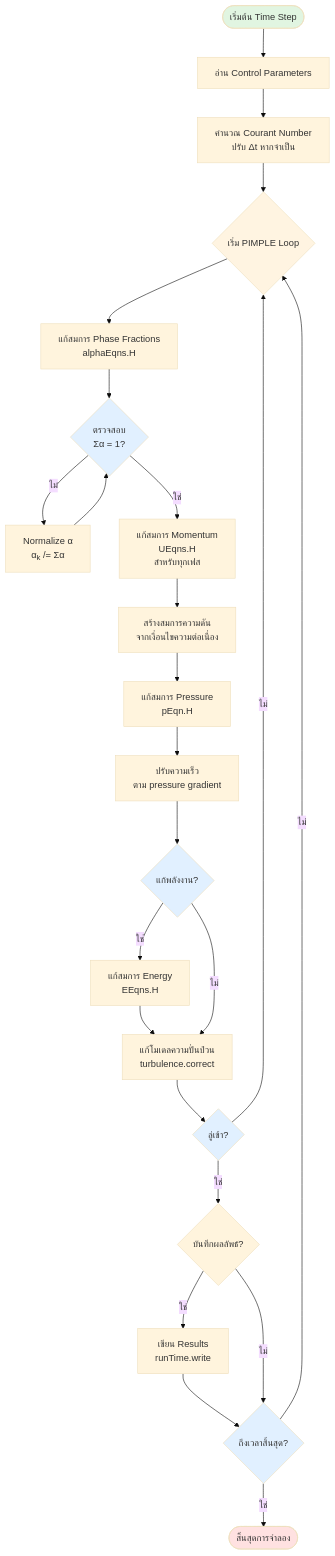
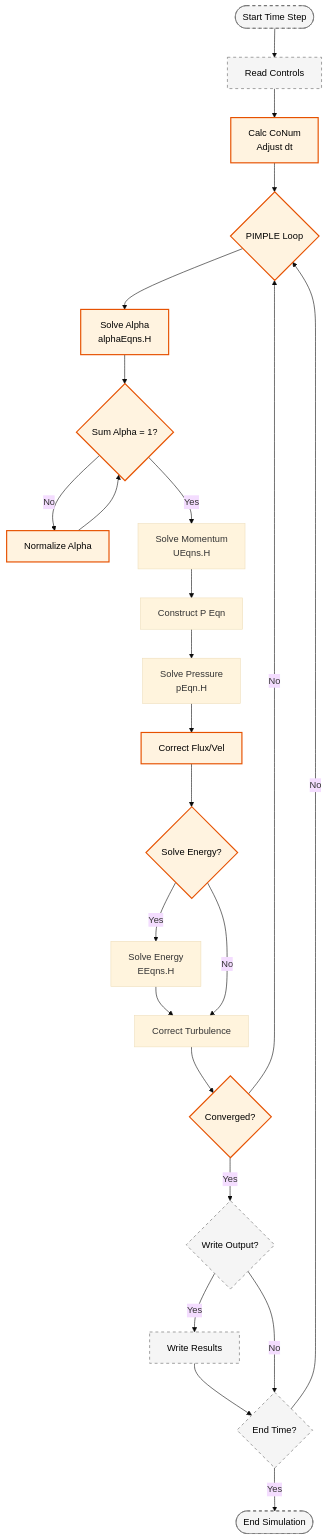
The diagram in MODULE_04_MULTIPHASE_FUNDAMENTALS/CONTENT/09_IMPLEMENTATION_ARCHITECTURE/04_Algorithm_Flow.md (wramet/build-my-cfd), drawn with Mermaid (base theme) before and after one commit. The commit also changed 313 other files, not shown here.

Commit message:
Revise all diagram

````diff
--- a/MODULE_04_MULTIPHASE_FUNDAMENTALS/CONTENT/09_IMPLEMENTATION_ARCHITECTURE/04_Algorithm_Flow.md
+++ b/MODULE_04_MULTIPHASE_FUNDAMENTALS/CONTENT/09_IMPLEMENTATION_ARCHITECTURE/04_Algorithm_Flow.md
@@ -673,41 +673,29 @@
 ```mermaid
 flowchart TD
-    Start([เริ่มต้น Time Step]) --> Init[อ่าน Control Parameters]
-    Init --> Courant[คำนวณ Courant Number<br/>ปรับ Δt หากจำเป็น]
-
-    Courant --> PIMPLE_Start{เริ่ม PIMPLE Loop}
-
-    PIMPLE_Start --> Alpha[แก้สมการ Phase Fractions<br/>alphaEqns.H]
-    Alpha --> Alpha_Check{ตรวจสอบ<br/>Σα = 1?}
-    Alpha_Check -->|ไม่| Alpha_Normalize[Normalize α<br/>α<sub>k</sub> /= Σα]
-    Alpha_Normalize --> Alpha_Check
-    Alpha_Check -->|ใช่| Momentum[แก้สมการ Momentum<br/>UEqns.H<br/>สำหรับทุกเฟส]
-
-    Momentum --> Pressure_Construct[สร้างสมการความดัน<br/>จากเงื่อนไขความต่อเนื่อง]
-    Pressure_Construct --> Pressure_Solve[แก้สมการ Pressure<br/>pEqn.H]
-    Pressure_Solve --> Velocity_Correct[ปรับความเร็ว<br/>ตาม pressure gradient]
-
-    Velocity_Correct --> Energy_Check{แก้พลังงาน?}
-    Energy_Check -->|ใช่| Energy[แก้สมการ Energy<br/>EEqns.H]
-    Energy --> Turbulence
-    Energy_Check -->|ไม่| Turbulence[แก้โมเดลความปั่นป่วน<br/>turbulence.correct]
-
-    Turbulence --> Converged{ลู่เข้า?}
-    Converged -->|ไม่| PIMPLE_Start
-    Converged -->|ใช่| Output_Check{บันทึกผลลัพธ์?}
-
-    Output_Check -->|ใช่| Write[เขียน Results<br/>runTime.write]
-    Write --> Next_Time{ถึงเวลาสิ้นสุด?}
-    Output_Check -->|ไม่| Next_Time
-
-    Next_Time -->|ไม่| PIMPLE_Start
-    Next_Time -->|ใช่| End([สิ้นสุดการจำลอง])
-
-    style Start fill:#e1f5e1
-    style End fill:#ffe1e1
-    style PIMPLE_Start fill:#fff4e1
-    style Converged fill:#e1f0ff
-    style Alpha_Check fill:#e1f0ff
-    style Energy_Check fill:#e1f0ff
-    style Next_Time fill:#e1f0ff
+classDef implicit fill:#e1f5fe,stroke:#01579b,stroke-width:2px,color:#000
+classDef explicit fill:#fff3e0,stroke:#e65100,stroke-width:2px,color:#000
+classDef context fill:#f5f5f5,stroke:#616161,stroke-width:1px,color:#000,stroke-dasharray: 5 5
+Start([Start Time Step]):::context --> Init[Read Controls]:::context
+Init --> Courant[Calc CoNum<br/>Adjust dt]:::explicit
+Courant --> PIMPLE_Start{PIMPLE Loop}:::explicit
+PIMPLE_Start --> Alpha[Solve Alpha<br/>alphaEqns.H]:::explicit
+Alpha --> Alpha_Check{Sum Alpha = 1?}:::explicit
+Alpha_Check -->|No| Alpha_Normalize[Normalize Alpha]:::explicit
+Alpha_Normalize --> Alpha_Check
+Alpha_Check -->|Yes| Momentum[Solve Momentum<br/>UEqns.H]
+Momentum --> Pressure_Construct[Construct P Eqn]
+Pressure_Construct --> Pressure_Solve[Solve Pressure<br/>pEqn.H]
+Pressure_Solve --> Velocity_Correct[Correct Flux/Vel]:::explicit
+Velocity_Correct --> Energy_Check{Solve Energy?}:::explicit
+Energy_Check -->|Yes| Energy[Solve Energy<br/>EEqns.H]
+Energy --> Turbulence
+Energy_Check -->|No| Turbulence[Correct Turbulence]
+Turbulence --> Converged{Converged?}:::explicit
+Converged -->|No| PIMPLE_Start
+Converged -->|Yes| Output_Check{Write Output?}:::context
+Output_Check -->|Yes| Write[Write Results]:::context
+Write --> Next_Time{End Time?}:::context
+Output_Check -->|No| Next_Time
+Next_Time -->|No| PIMPLE_Start
+Next_Time -->|Yes| End([End Simulation]):::context
 ```
````
